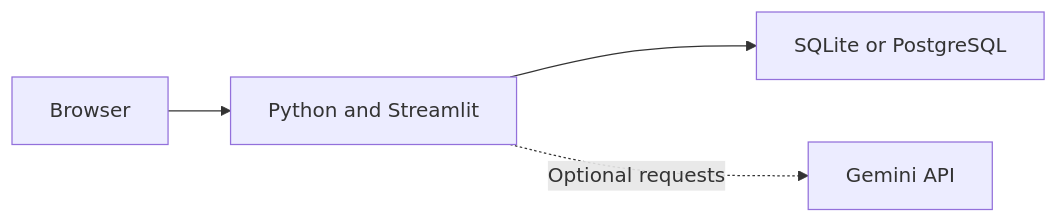
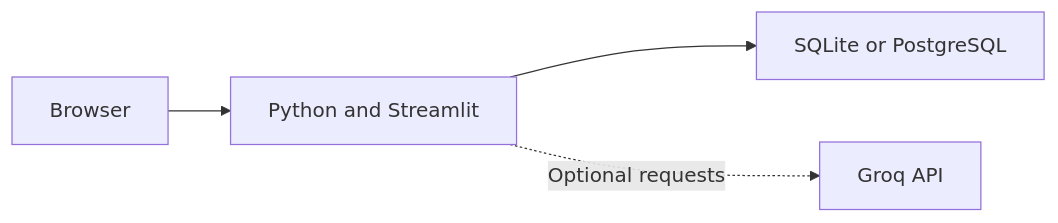
One commit to Priti02707/AI--Study-Planner changed the diagram in README.md. Above: the diagram before and after it, drawn with Mermaid. The commit also changed other lines of this file and 13 other files, not shown here.

````diff
--- a/README.md
+++ b/README.md
@@ -43,6 +43,6 @@
 ```mermaid
 flowchart LR
     Browser --> App[Python and Streamlit]
     App --> Data[SQLite or PostgreSQL]
-    App -. Optional requests .-> Gemini[Gemini API]
+    App -. Optional requests .-> Groq[Groq API]
 ```
````
